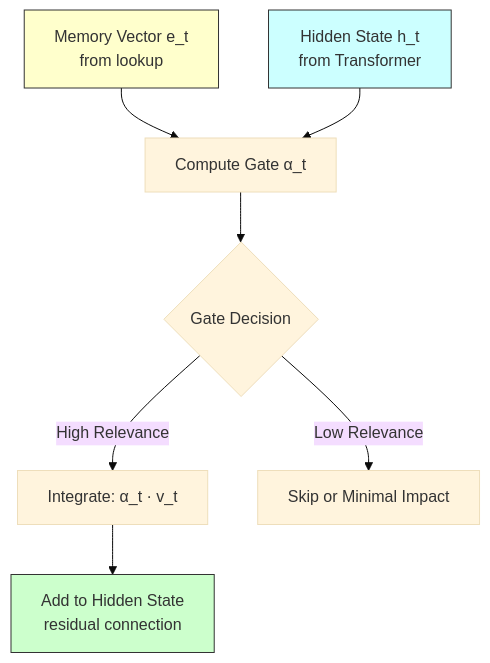
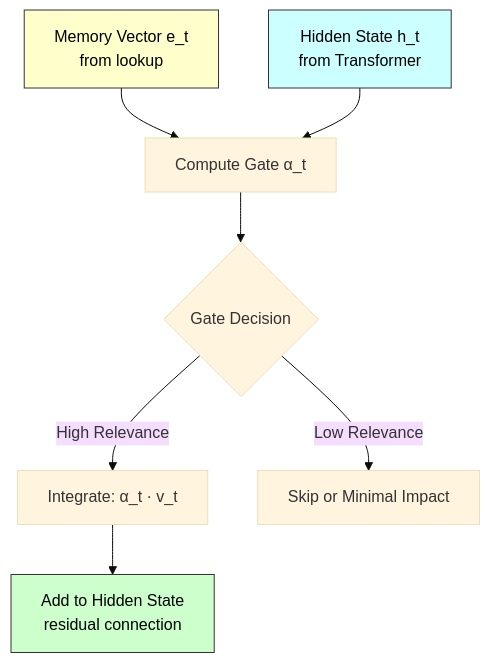
One commit to rsrini7/Learnings changed the fourth of 22 diagrams in Papers/Deepseek-Engram.md. Above: the diagram before and after it, drawn with Mermaid (base theme). The commit also changed other lines of this file, not shown here.

Commit message:
mermaid diagram text color updated

````diff
--- a/Papers/Deepseek-Engram.md
+++ b/Papers/Deepseek-Engram.md
@@ -322,13 +321,13 @@
 ```mermaid
 graph TD
     A[Memory Vector e_t<br/>from lookup] --> C[Compute Gate α_t]
     B[Hidden State h_t<br/>from Transformer] --> C
     C --> D{Gate Decision}
     D -->|High Relevance| E[Integrate: α_t · v_t]
     D -->|Low Relevance| F[Skip or Minimal Impact]
     E --> G[Add to Hidden State<br/>residual connection]
     
-    style A fill:#ffc,stroke:#333
-    style B fill:#cff,stroke:#333
-    style G fill:#cfc,stroke:#333
+    style A fill:#ffc,stroke:#333,color:#000
+    style B fill:#cff,stroke:#333,color:#000
+    style G fill:#cfc,stroke:#333,color:#000
 ```
````
